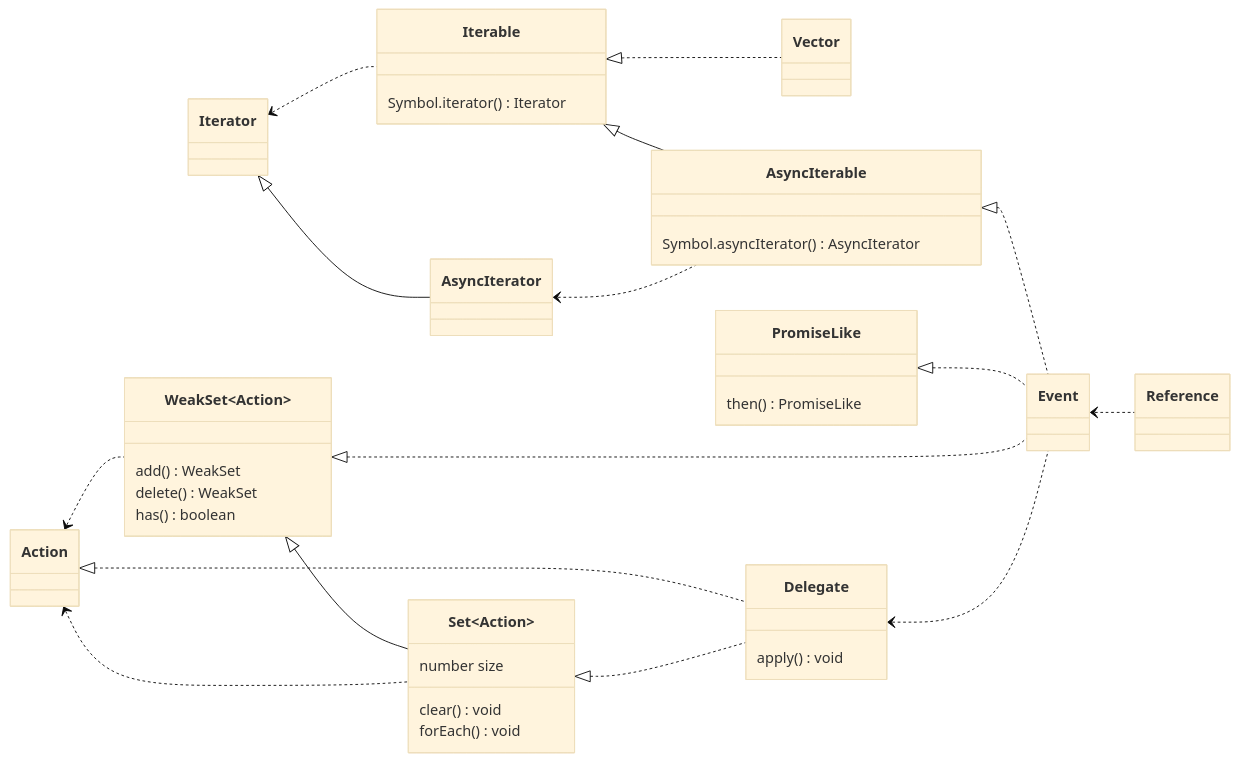
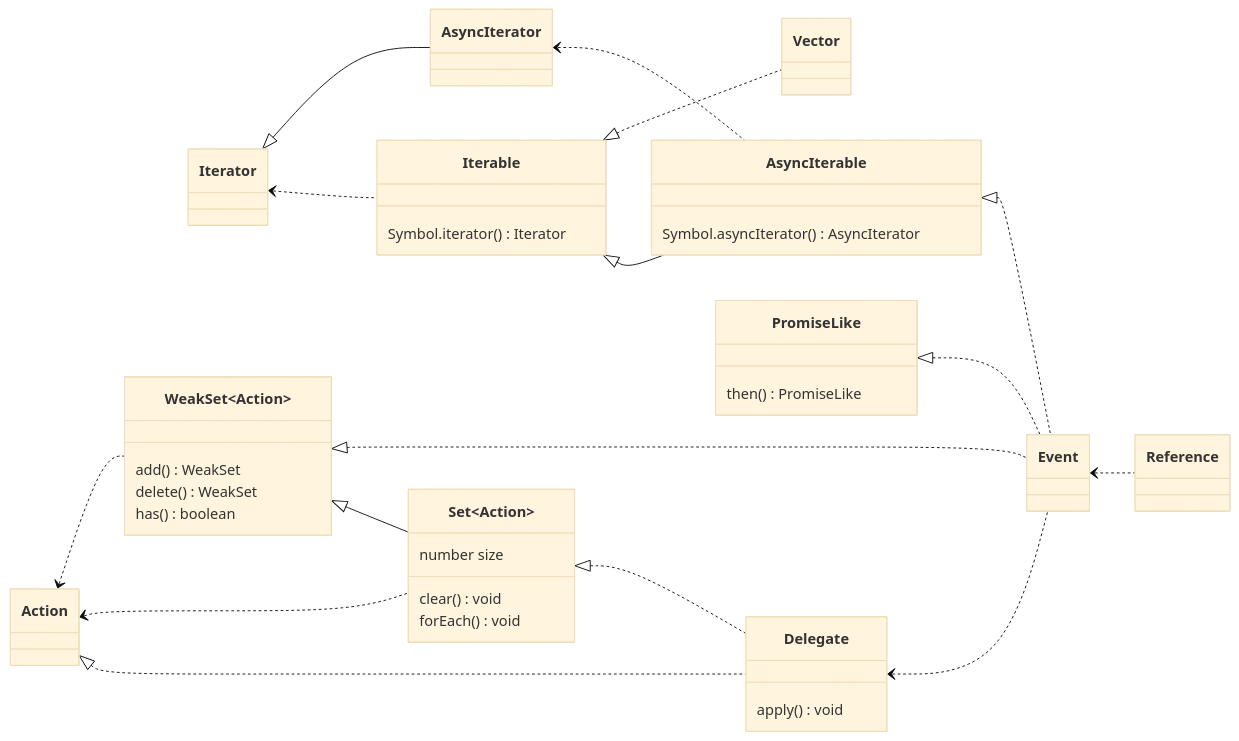
The fourth of 4 diagrams in README.md (domrally/peekeasy), drawn with Mermaid (base theme) before and after one commit. The commit also changed other lines of this file, not shown here.

````diff
--- a/README.md
+++ b/README.md
@@ -204,46 +204,46 @@
 ```mermaid
 classDiagram
     direction LR
     Iterable <|.. Vector
     Iterable <|-- AsyncIterable
     Iterator <|-- AsyncIterator
-    WeakSet~Action~ <|-- Set~Action~
     Iterator <.. Iterable
     AsyncIterator <.. AsyncIterable
     AsyncIterable <|.. Event
     PromiseLike <|.. Event
     WeakSet~Action~ <|.. Event
     Action <.. WeakSet~Action~
     Action <.. Set~Action~
     Action <|.. Delegate
     Set~Action~ <|.. Delegate
     Delegate <.. Event
     Event <.. Reference
+    WeakSet~Action~ <|-- Set~Action~
     class AsyncIterable {
         Symbol.asyncIterator() AsyncIterator
     }
     class Iterable {
         Symbol.iterator() Iterator
     }
     class PromiseLike {
         then() PromiseLike
     }
     class WeakSet {
         add() WeakSet
         delete() WeakSet
         has() boolean
     }
     class Set {
         number size
         clear() void
         forEach() void
     }
     class Delegate {
         apply() void
     }
     link Delegate "https://github.com/domrally/peekeasy/blob/main/src/delegate.ts" "delegate.ts"
     class Event
     link Event "https://github.com/domrally/peekeasy/blob/main/src/event.ts" "event.ts"
     class Vector
     link Vector "https://github.com/domrally/peekeasy/blob/main/src/vector.ts" "vector.ts"
 ```
````
